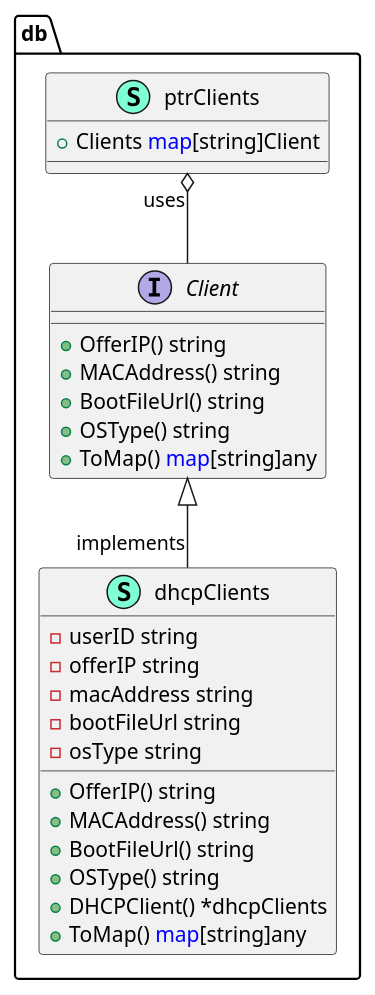
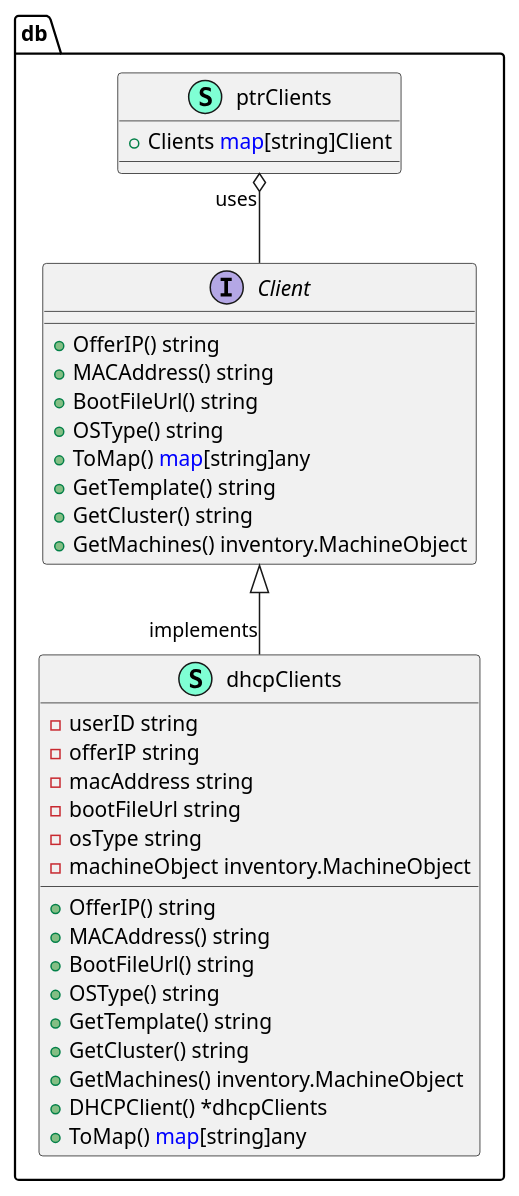
Before and after one commit to motangpuar/o2-ims-worker: the diagram in docs/puml/db.puml, drawn with PlantUML. The commit also changed 17 other files, not shown here.

```diff
--- a/docs/puml/db.puml
+++ b/docs/puml/db.puml
@@ -1,38 +1,45 @@
 @startuml
 top to bottom direction
 namespace db {
     interface "Client"  {
         + OfferIP() string
         + MACAddress() string
         + BootFileUrl() string
         + OSType() string
         + ToMap() <font color=blue>map</font>[string]any
+        + GetTemplate() string
+        + GetCluster() string
+        + GetMachines() inventory.MachineObject
 
     }
     class "dhcpClients" << (S,Aquamarine) >> {
         - userID string
         - offerIP string
         - macAddress string
         - bootFileUrl string
         - osType string
+        - machineObject inventory.MachineObject
 
         + OfferIP() string
         + MACAddress() string
         + BootFileUrl() string
         + OSType() string
+        + GetTemplate() string
+        + GetCluster() string
+        + GetMachines() inventory.MachineObject
         + DHCPClient() *dhcpClients
         + ToMap() <font color=blue>map</font>[string]any
 
     }
     class "ptrClients" << (S,Aquamarine) >> {
         + Clients <font color=blue>map</font>[string]Client
 
     }
 }
 
 "db.Client" <|-- "implements""db.dhcpClients"
 
 "db.ptrClients""uses" o-- "db.Client"
 
 
 @enduml
```
